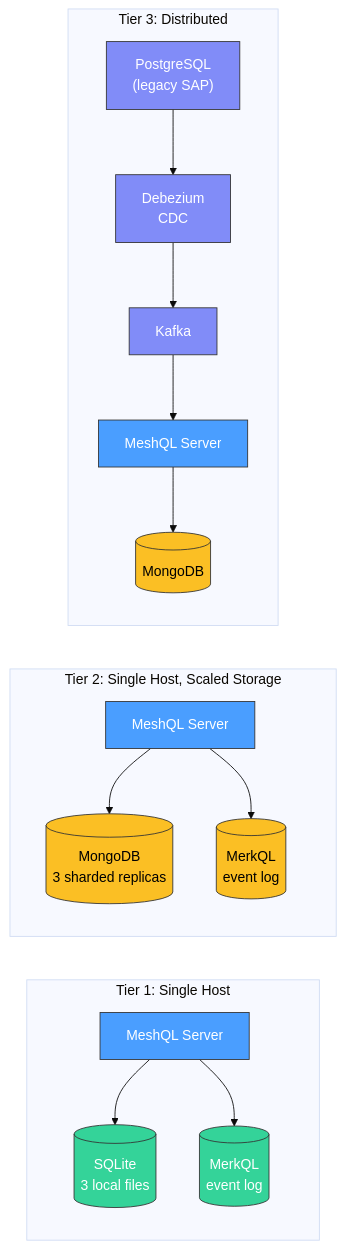
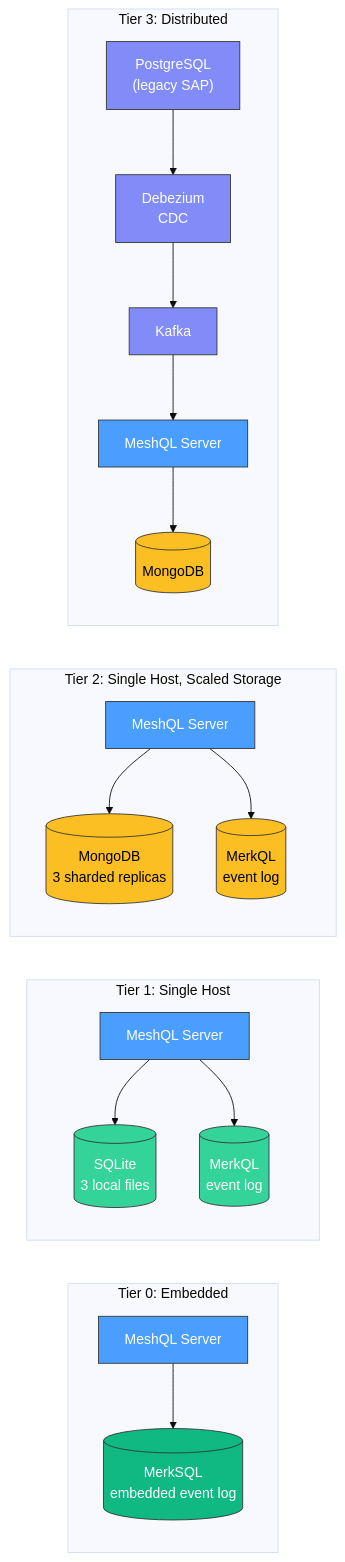
Before and after one commit to tsmarsh/meshql: the first of 3 diagrams in docs/architecture/performance.md, drawn with Mermaid (base theme). The commit also changed other lines of this file, not shown here.

First line of the commit message:
Add MerkSQL benchmarks to performance documentation

````diff
--- a/docs/architecture/performance.md
+++ b/docs/architecture/performance.md
@@ -20,43 +20,52 @@
 ```mermaid
 graph LR
+    subgraph tier0["Tier 0: Embedded"]
+        direction TB
+        app0["MeshQL Server"]
+        merksql0[("MerkSQL<br/>embedded event log")]
+        app0 --> merksql0
+    end
+
     subgraph tier1["Tier 1: Single Host"]
         direction TB
         app1["MeshQL Server"]
         db1[("SQLite<br/>3 local files")]
         merkql1[("MerkQL<br/>event log")]
         app1 --> db1
         app1 --> merkql1
     end
 
     subgraph tier2["Tier 2: Single Host, Scaled Storage"]
         direction TB
         app2["MeshQL Server"]
         db2[("MongoDB<br/>3 sharded replicas")]
         merkql2[("MerkQL<br/>event log")]
         app2 --> db2
         app2 --> merkql2
     end
 
     subgraph tier3["Tier 3: Distributed"]
         direction TB
         app3["MeshQL Server"]
         db3[("MongoDB")]
         pg["PostgreSQL<br/>(legacy SAP)"]
         kafka["Kafka"]
         deb["Debezium<br/>CDC"]
         app3 --> db3
         pg --> deb --> kafka --> app3
     end
 
+    style app0 fill:#4a9eff,stroke:#333,color:#fff
+    style merksql0 fill:#10b981,stroke:#333,color:#fff
     style app1 fill:#4a9eff,stroke:#333,color:#fff
     style app2 fill:#4a9eff,stroke:#333,color:#fff
     style app3 fill:#4a9eff,stroke:#333,color:#fff
     style db1 fill:#34d399,stroke:#333,color:#fff
     style merkql1 fill:#34d399,stroke:#333,color:#fff
     style db2 fill:#fbbf24,stroke:#333,color:#000
     style merkql2 fill:#fbbf24,stroke:#333,color:#000
     style db3 fill:#fbbf24,stroke:#333,color:#000
     style pg fill:#818cf8,stroke:#333,color:#fff
     style kafka fill:#818cf8,stroke:#333,color:#fff
     style deb fill:#818cf8,stroke:#333,color:#fff
 ```
````
